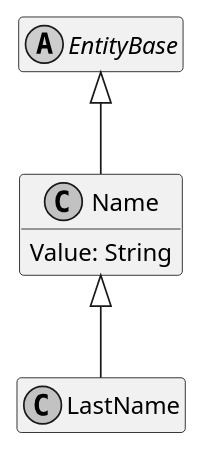
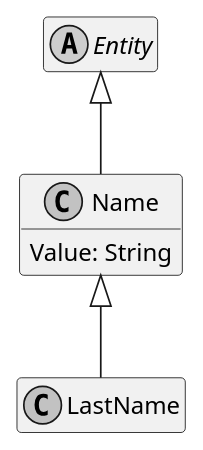
One commit to ObiWanLansi/DoofesZeug changed the diagram in Documentation/Generated/Models/DoofesZeug.Models.Specieses.Human/LastName.puml. Above: the diagram before and after it, drawn with PlantUML. The commit also changed 114 other files, not shown here.

Commit message:
Rename EnitityBase To Entity

```diff
--- a/Documentation/Generated/Models/DoofesZeug.Models.Specieses.Human/LastName.puml
+++ b/Documentation/Generated/Models/DoofesZeug.Models.Specieses.Human/LastName.puml
@@ -1,19 +1,19 @@
 @startuml
 skinparam monochrome true
 hide empty members
 
-abstract class EntityBase {
+abstract class Entity {
 }
 
-EntityBase <|-- Name
+Entity <|-- Name
 
 class Name {
     Value: String
 }
 
 Name <|-- LastName
 
 class LastName {
 }
 
 @enduml
```
